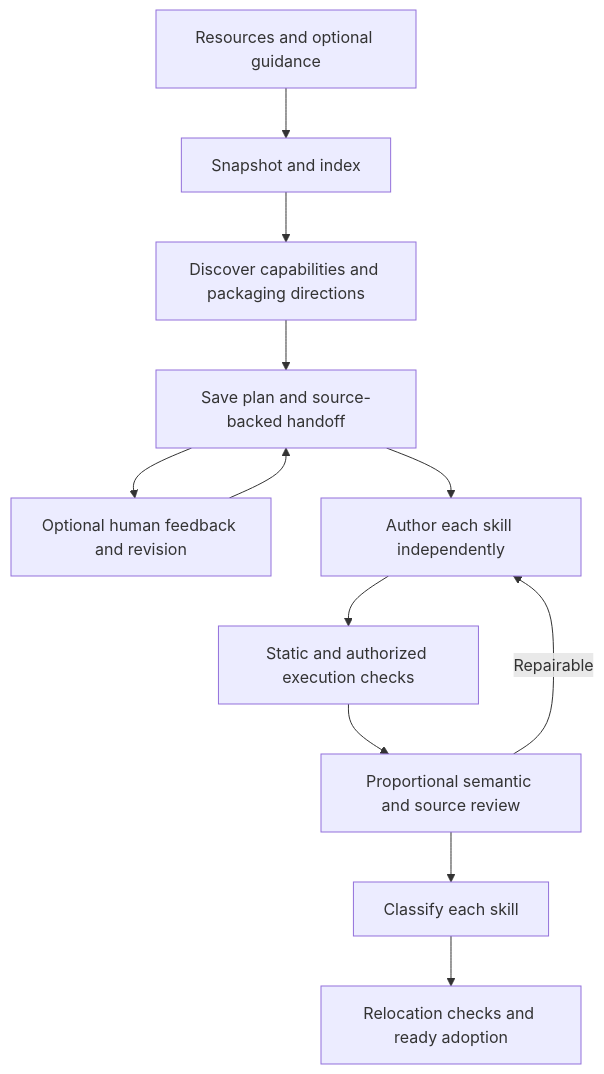
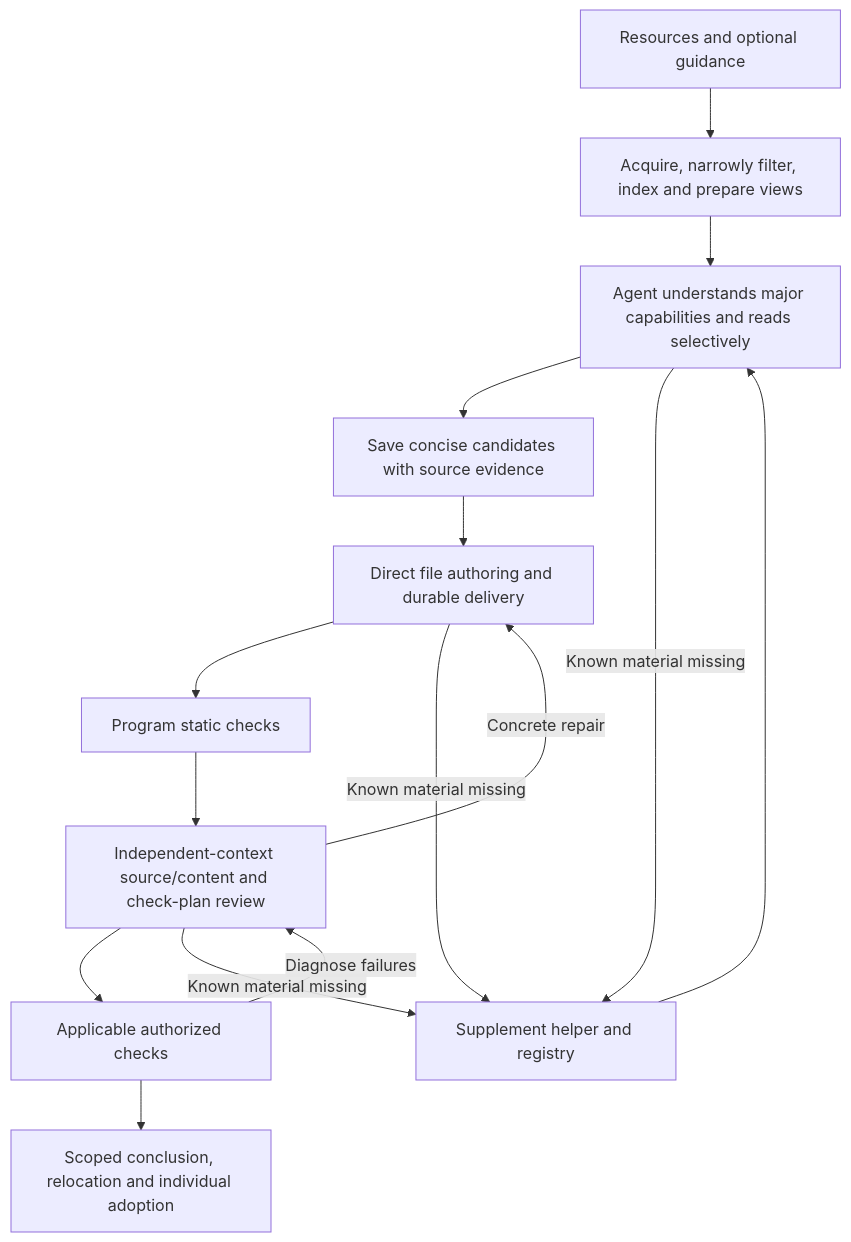
The diagram in docs/pipeline/design.md (Aneskw/chem-agent-toolkit), drawn with Mermaid before and after one commit. The commit also changed other lines of this file and 39 other files, not shown here.

Commit message:
Build Agent-only research resource skill pipeline

````diff
--- a/docs/pipeline/design.md
+++ b/docs/pipeline/design.md
@@ -3,14 +3,17 @@
 ```mermaid
 flowchart TD
- A[Resources and optional guidance] --> B[Snapshot and index]
- B --> C[Discover capabilities and packaging directions]
- C --> D[Save plan and source-backed handoff]
- D --> E[Optional human feedback and revision]
- E --> D
- D --> F[Author each skill independently]
- F --> G[Static and authorized execution checks]
- G --> H[Proportional semantic and source review]
- H -->|Repairable| F
- H --> I[Classify each skill]
- I --> J[Relocation checks and ready adoption]
+ A[Resources and optional guidance] --> B[Acquire, narrowly filter, index and prepare views]
+ B --> C[Agent understands major capabilities and reads selectively]
+ C --> D[Save concise candidates with source evidence]
+ D --> E[Direct file authoring and durable delivery]
+ E --> F[Program static checks]
+ F --> G[Independent-context source/content and check-plan review]
+ G --> H[Applicable authorized checks]
+ H -->|Diagnose failures| G
+ G -->|Concrete repair| E
+ H --> I[Scoped conclusion, relocation and individual adoption]
+ C -->|Known material missing| S[Supplement helper and registry]
+ E -->|Known material missing| S
+ G -->|Known material missing| S
+ S --> C
 ```
````
